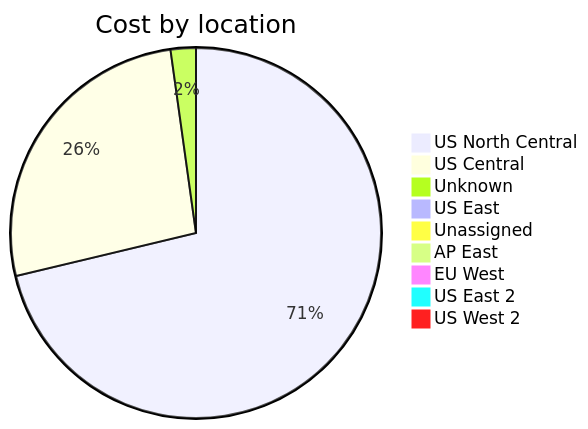
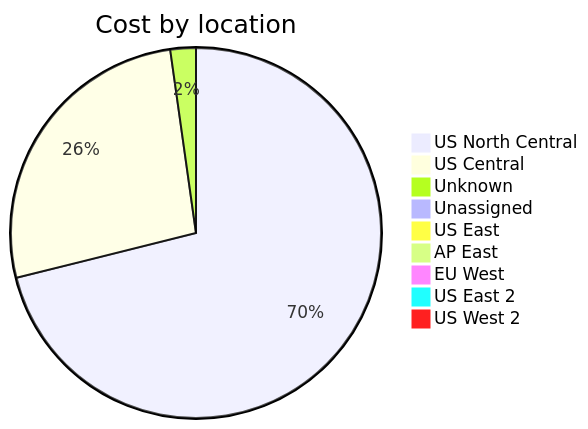
One commit to jpfulton/azure-personal-reports changed the third of 4 diagrams in cost-reports/accumulated-cost.md. Above: the diagram before and after it, drawn with Mermaid. The commit also changed other lines of this file and 4 other files, not shown here.

````diff
--- a/cost-reports/accumulated-cost.md
+++ b/cost-reports/accumulated-cost.md
@@ -131,13 +131,13 @@
 ```mermaid
 pie
    title Cost by location
-   "US North Central" : 12.62
-   "US Central" : 4.70
-   "Unknown" : 0.39
-   "US East" : 0.08
-   "Unassigned" : 0.07
+   "US North Central" : 14.05
+   "US Central" : 5.27
+   "Unknown" : 0.44
+   "Unassigned" : 0.09
+   "US East" : 0.09
    "AP East" : 0.00
    "EU West" : 0.00
    "US East 2" : 0.00
    "US West 2" : 0.00
 ```
````
